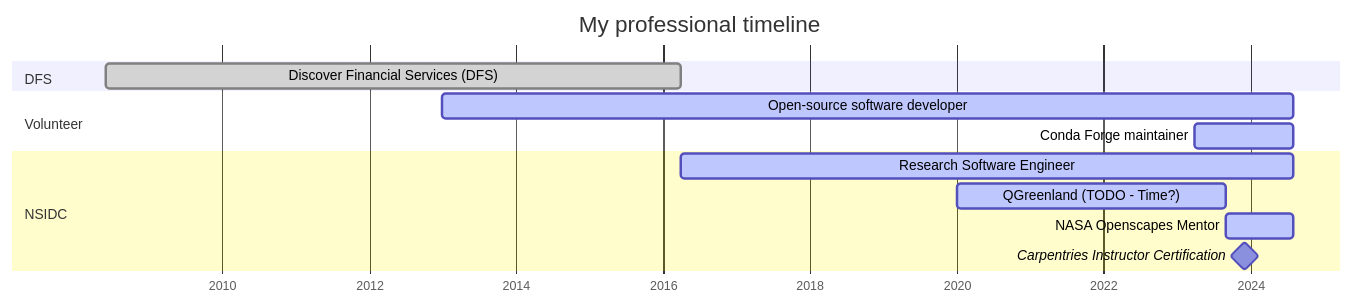
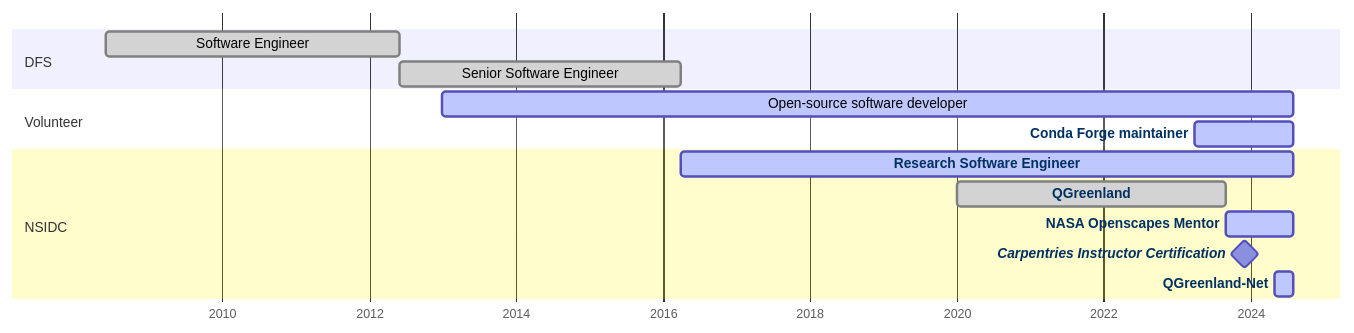
Before and after one commit to mfisher87/presentation-self: the first of 2 diagrams in index.qmd, drawn with Mermaid. The commit also changed other lines of this file and 10 other files, not shown here.

````diff
--- a/index.qmd
+++ b/index.qmd
@@ -13,19 +55,28 @@
-```{mermaid style="width: 100vw;" .foo}
+```{mermaid}
+%%{init:{'securityLevel':'loose'}}%%
 gantt
-  title My professional timeline
   dateFormat YYYY-MM
   axisFormat %Y
 
   Section DFS
-    Discover Financial Services (DFS)         :done, dfs, 2008-06, 2016-04
+    Software Engineer                         :done, dfs, 2008-06, 2012-06
+    Senior Software Engineer                  :done, dfs-senior, 2012-06, 2016-04
   
   Section Volunteer
     Open-source software developer            :active, oss, 2013-01, 2024-08
     Conda Forge maintainer                    :active, condaforge, 2023-04, 2024-08
   
   Section NSIDC
-    Research Software Engineer                :active, nsidc, after dfs, 2024-08
-    QGreenland (TODO - Time?)                 :active, qgreenland, 2020-01, 2023-09 
+    Research Software Engineer                :active, nsidc, after dfs-senior, 2024-08
+    QGreenland                                :done, qgreenland, 2020-01, 2023-09 
     NASA Openscapes Mentor                    :active, openscapes, 2023-09, 2024-08
     Carpentries Instructor Certification      :milestone, carpentries, 2023-12, 1d
+    QGreenland-Net                            :active, qgreenland-net, 2024-05, 2024-08 
+
+  click condaforge href "https://conda-forge.org"
+  click nsidc href "https://nsidc.org"
+  click qgreenland href "https://qgreenland.org/"
+  click openscapes href "https://nasa-openscapes.github.io/"
+  click carpentries href "https://carpentries.org/instructors/"
+  click qgreenland-net href "https://qgreenland-net.github.io/"
 ```
````
